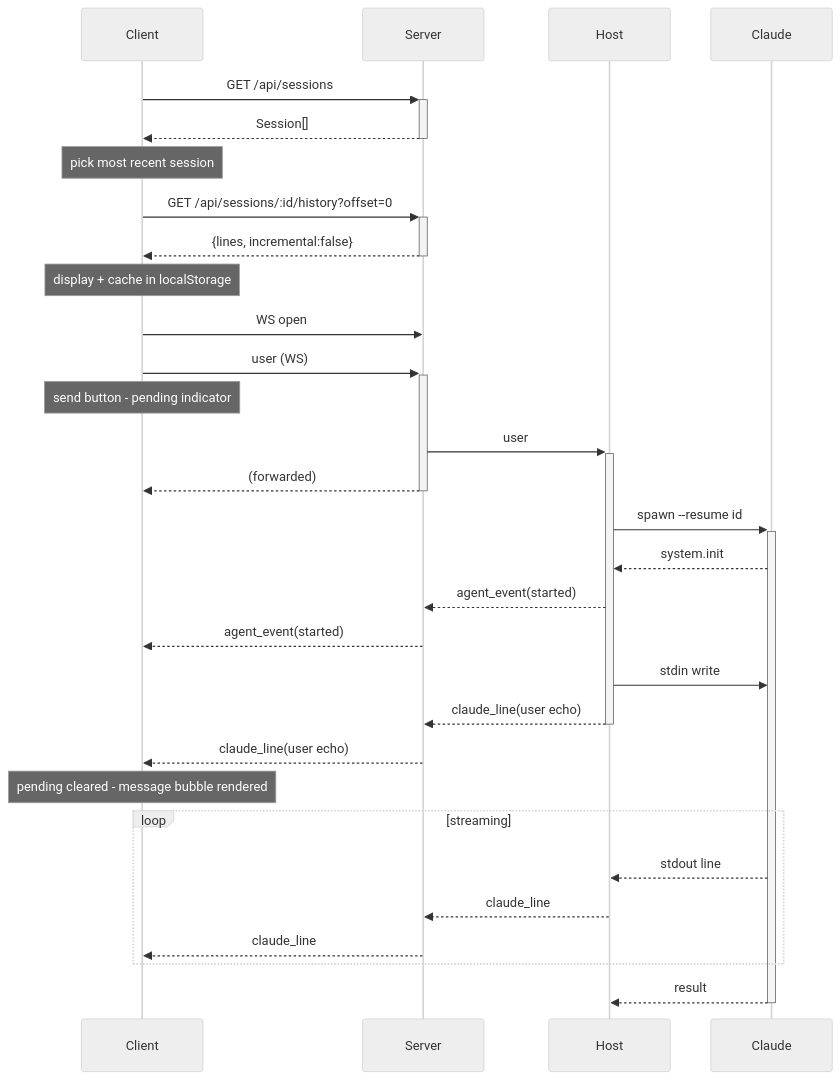
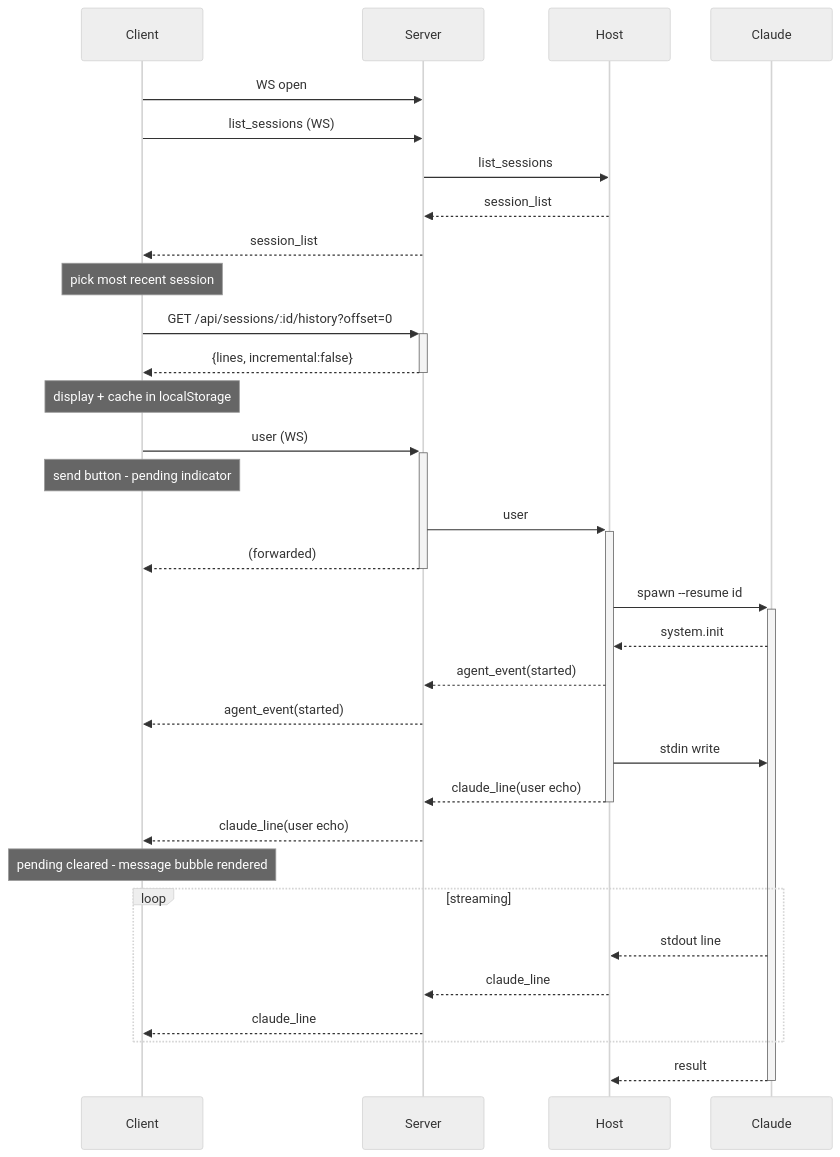
Before and after one commit to danlkv/codette: the first of 5 diagrams in protocol.spec.md, drawn with Mermaid (neutral theme). The commit also changed other lines of this file and 18 other files, not shown here.

````diff
--- a/protocol.spec.md
+++ b/protocol.spec.md
@@ -249,32 +250,34 @@
 ```mermaid
 sequenceDiagram
     participant C as Client
     participant S as Server
     participant H as Host
     participant Cl as Claude
-    C->>+S: GET /api/sessions
-    S-->>-C: Session[]
+    C->>S: WS open
+    C->>S: list_sessions (WS)
+    S->>H: list_sessions
+    H-->>S: session_list
+    S-->>C: session_list
     Note over C: pick most recent session
     C->>+S: GET /api/sessions/:id/history?offset=0
     S-->>-C: {lines, incremental:false}
     Note over C: display + cache in localStorage
-    C->>S: WS open
     C->>+S: user (WS)
     Note over C: send button - pending indicator
     S->>+H: user
     S-->>-C: (forwarded)
     H->>+Cl: spawn --resume id
     Cl-->>H: system.init
     H-->>S: agent_event(started)
     S-->>C: agent_event(started)
     H->>Cl: stdin write
     H-->>-S: claude_line(user echo)
     S-->>C: claude_line(user echo)
     Note over C: pending cleared - message bubble rendered
     loop streaming
         Cl-->>H: stdout line
         H-->>S: claude_line
         S-->>C: claude_line
     end
     Cl-->>-H: result
 ```
````
